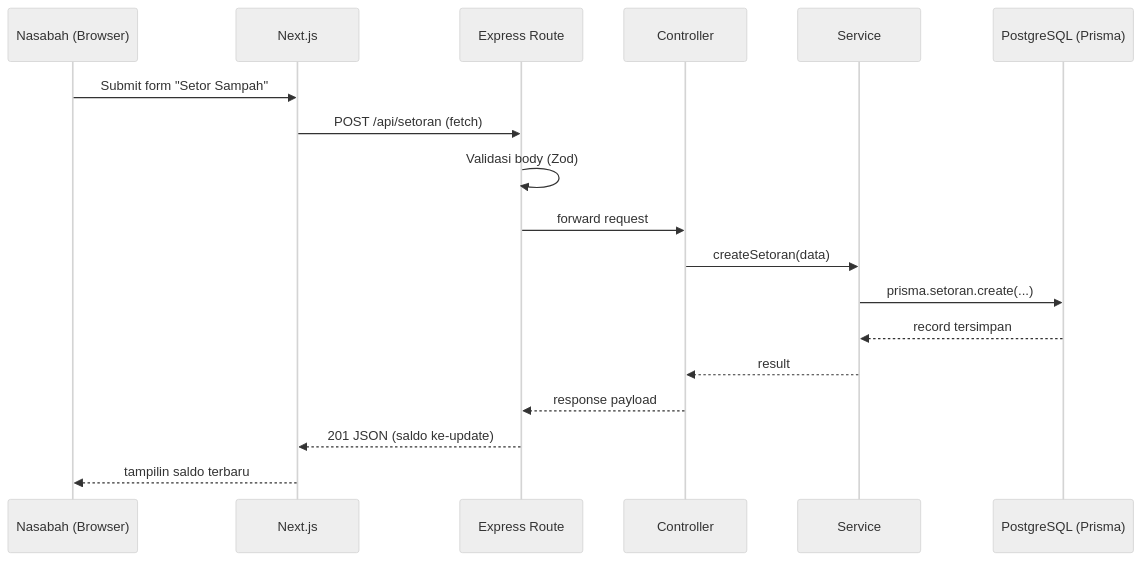
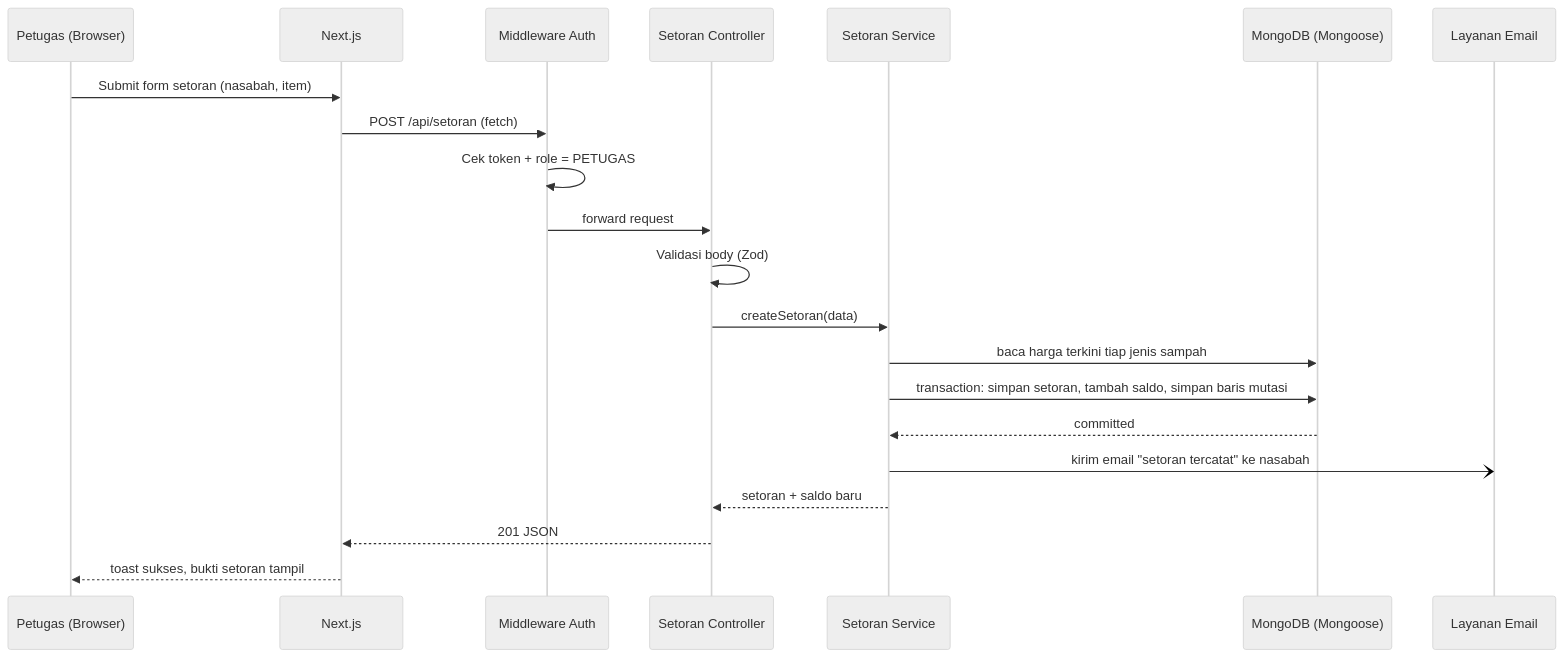
The second of 3 diagrams in docs/architecture.id.md (nael0407/US4-Bank-Sampah), drawn with Mermaid (neutral theme) before and after one commit. The commit also changed other lines of this file, not shown here.

Commit message:
docs(architecture): align indonesian doc to us4 and mongodb

````diff
--- a/docs/architecture.id.md
+++ b/docs/architecture.id.md
@@ -47,21 +54,24 @@
 ```mermaid
 sequenceDiagram
-    participant U as Nasabah (Browser)
+    participant PT as Petugas (Browser)
     participant FE as Next.js
-    participant RT as Express Route
-    participant CT as Controller
-    participant SV as Service
-    participant DB as PostgreSQL (Prisma)
+    participant MW as Middleware Auth
+    participant CT as Setoran Controller
+    participant SV as Setoran Service
+    participant DB as MongoDB (Mongoose)
+    participant EM as Layanan Email
 
-    U->>FE: Submit form "Setor Sampah"
-    FE->>RT: POST /api/setoran (fetch)
-    RT->>RT: Validasi body (Zod)
-    RT->>CT: forward request
+    PT->>FE: Submit form setoran (nasabah, item)
+    FE->>MW: POST /api/setoran (fetch)
+    MW->>MW: Cek token + role = PETUGAS
+    MW->>CT: forward request
+    CT->>CT: Validasi body (Zod)
     CT->>SV: createSetoran(data)
-    SV->>DB: prisma.setoran.create(...)
-    DB-->>SV: record tersimpan
-    SV-->>CT: result
-    CT-->>RT: response payload
-    RT-->>FE: 201 JSON (saldo ke-update)
-    FE-->>U: tampilin saldo terbaru
+    SV->>DB: baca harga terkini tiap jenis sampah
+    SV->>DB: transaction: simpan setoran, tambah saldo, simpan baris mutasi
+    DB-->>SV: committed
+    SV-)EM: kirim email "setoran tercatat" ke nasabah
+    SV-->>CT: setoran + saldo baru
+    CT-->>FE: 201 JSON
+    FE-->>PT: toast sukses, bukti setoran tampil
 ```
````
